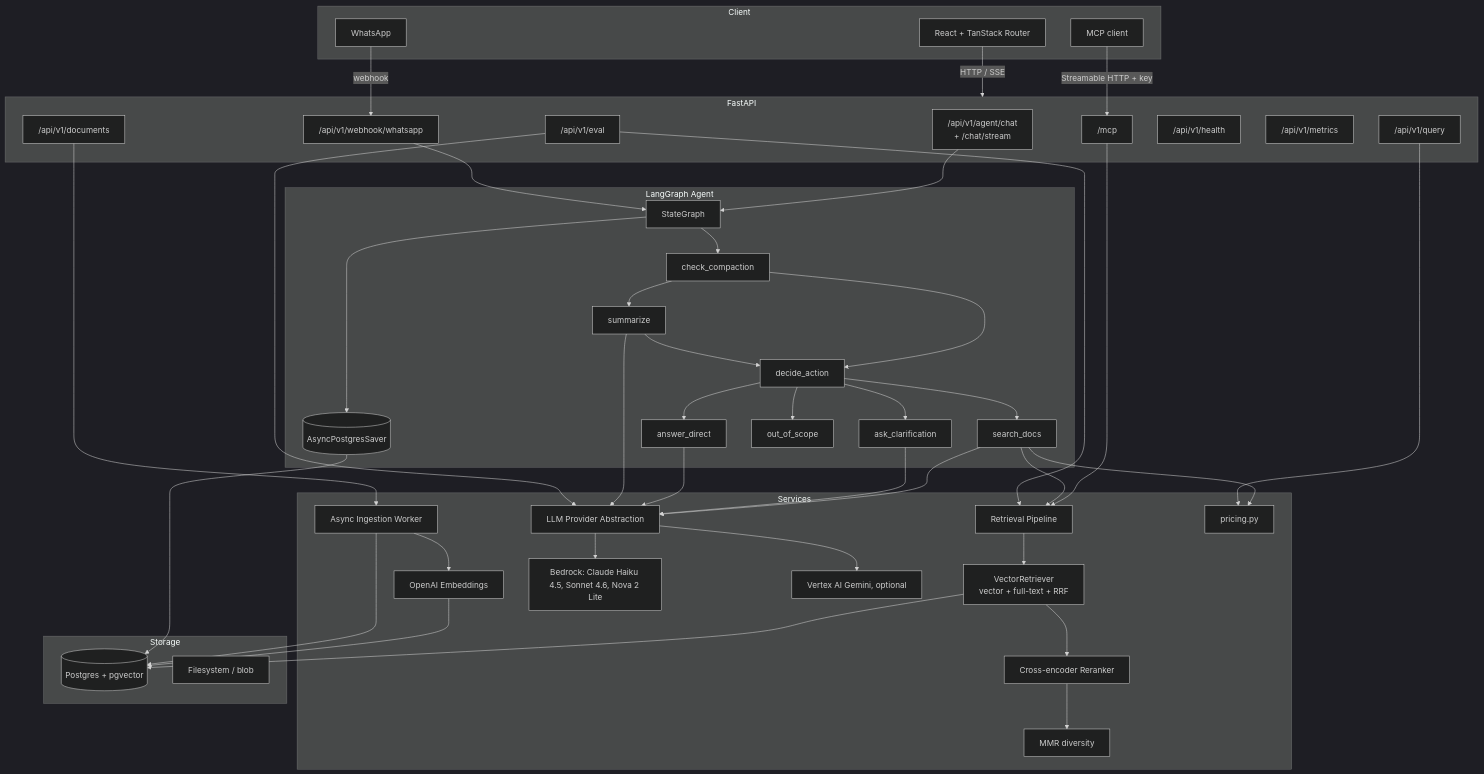
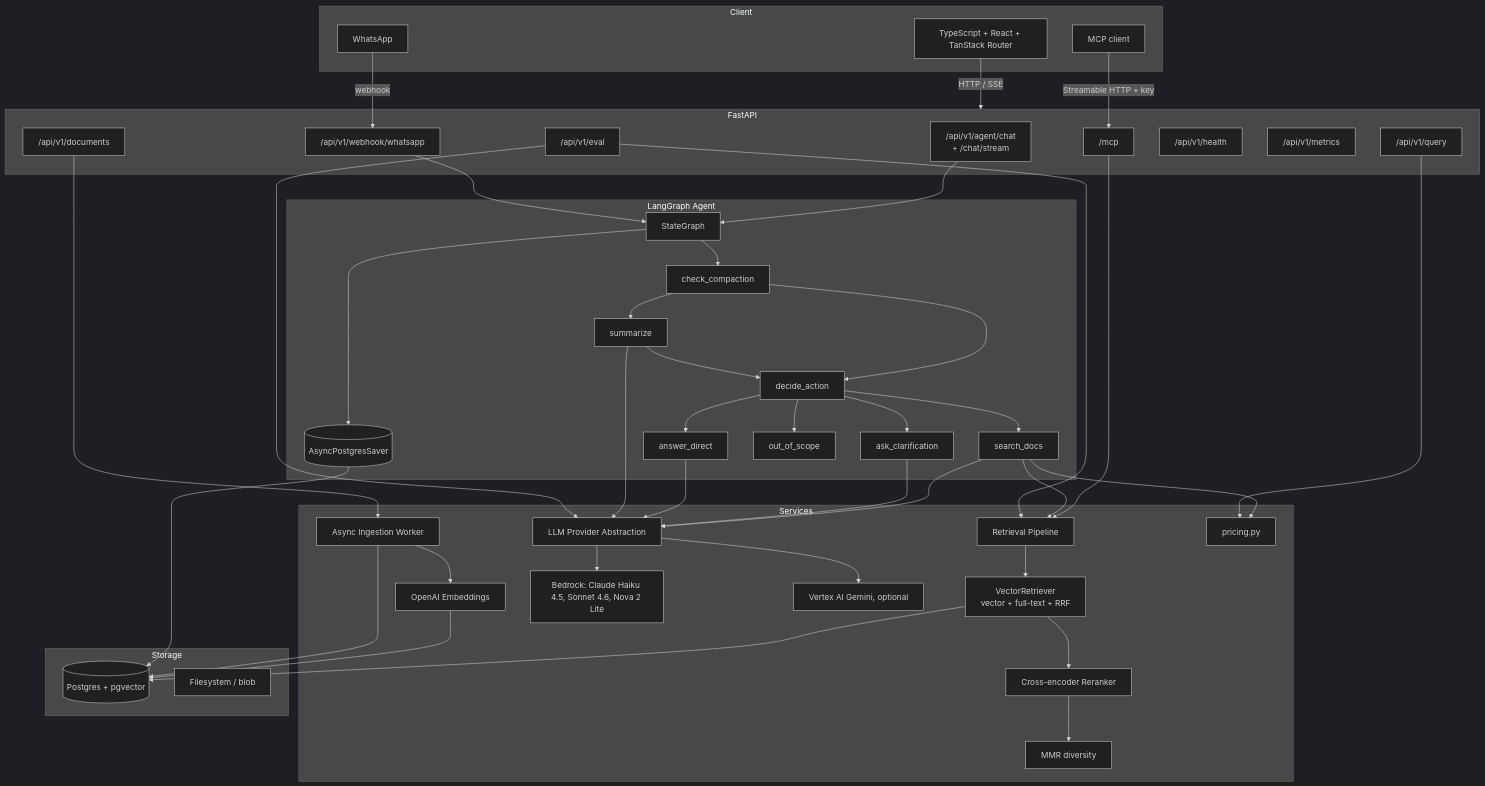
Before and after one commit to FrancoCazal/WhisperDocs: the first of 4 diagrams in ARCHITECTURE.md, drawn with Mermaid (dark theme). The commit also changed 1 other file, not shown here.

Commit message:
docs: describe the TypeScript frontend in the README
Name TypeScript in the stack line, the highlights, the project layout and
the component diagram, add a Frontend section (stack, pages, stream parser,
typed events, commands), and list the frontend job under CI.

````diff
--- a/ARCHITECTURE.md
+++ b/ARCHITECTURE.md
@@ -11,7 +11,7 @@
 ```mermaid
 graph TB
   subgraph Client
-    UI[React + TanStack Router]
+    UI[TypeScript + React + TanStack Router]
     WApp[WhatsApp]
     MCPClient[MCP client]
   end
````
